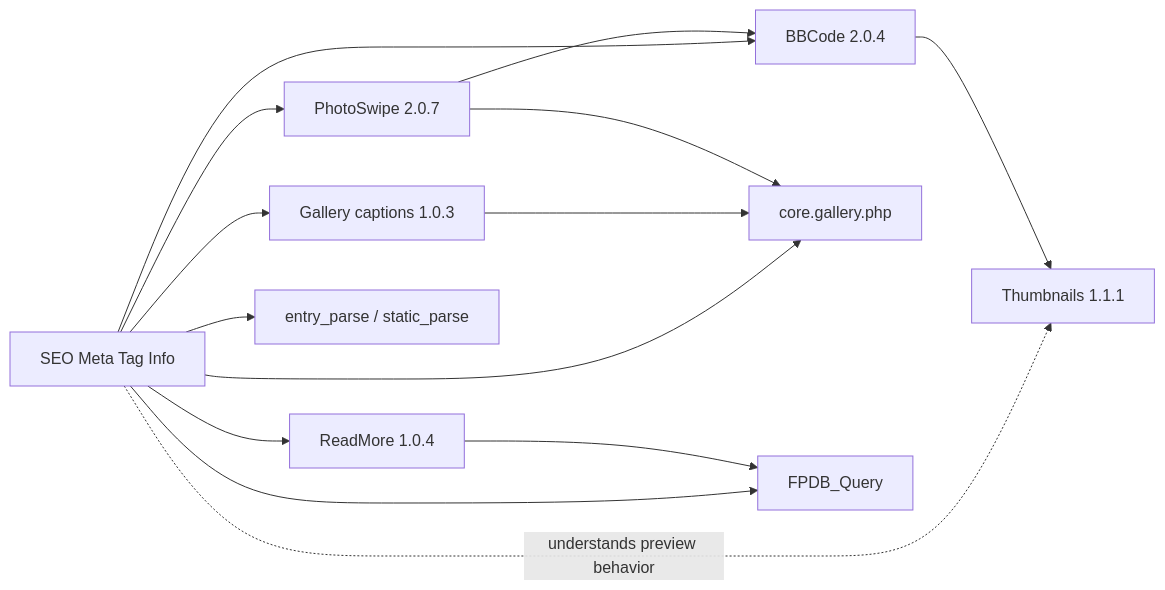
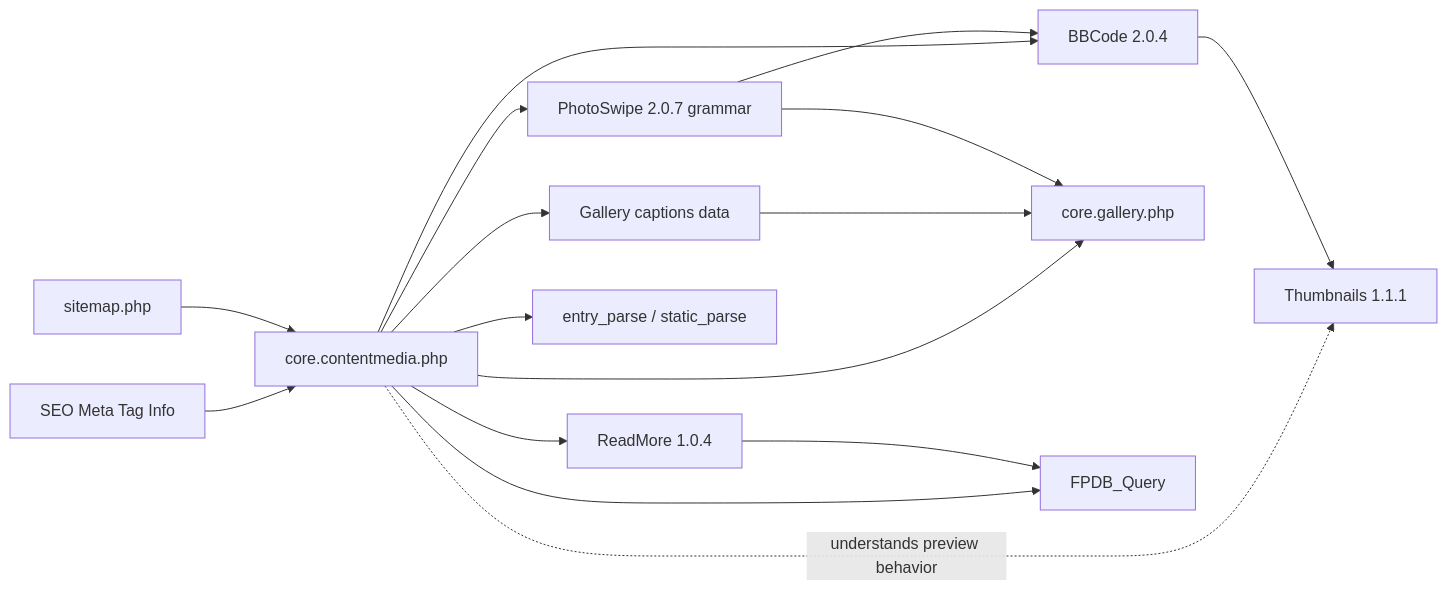
Before and after one commit to flatpressblog/flatpress: the diagram in fp-plugins/seometataginfo/developer-docs/integrations.md, drawn with Mermaid. The commit also changed other lines of this file and 15 other files, not shown here.

````diff
--- a/fp-plugins/seometataginfo/developer-docs/integrations.md
+++ b/fp-plugins/seometataginfo/developer-docs/integrations.md
@@ -5,16 +5,18 @@
 ```mermaid
 flowchart LR
-    SEO[SEO Meta Tag Info] --> BB[BBCode 2.0.4]
-    SEO --> RM[ReadMore 1.0.4]
-    SEO --> PS[PhotoSwipe 2.0.7]
-    SEO -. understands preview behavior .-> TH[Thumbnails 1.1.1]
-    SEO --> GAL[core.gallery.php]
-    SEO --> GC[Gallery captions 1.0.3]
+    SEO[SEO Meta Tag Info] --> CM[core.contentmedia.php]
+    SITE[sitemap.php] --> CM
+    CM --> BB[BBCode 2.0.4]
+    CM --> RM[ReadMore 1.0.4]
+    CM --> PS[PhotoSwipe 2.0.7 grammar]
+    CM -. understands preview behavior .-> TH[Thumbnails 1.1.1]
+    CM --> GAL[core.gallery.php]
+    CM --> GC[Gallery captions data]
     GC --> GAL
-    SEO --> Q[FPDB_Query]
-    SEO --> ENTRY[entry_parse / static_parse]
+    CM --> Q[FPDB_Query]
+    CM --> ENTRY[entry_parse / static_parse]
     BB --> TH
     PS --> BB
     PS --> GAL
     RM --> Q
 ```
````
